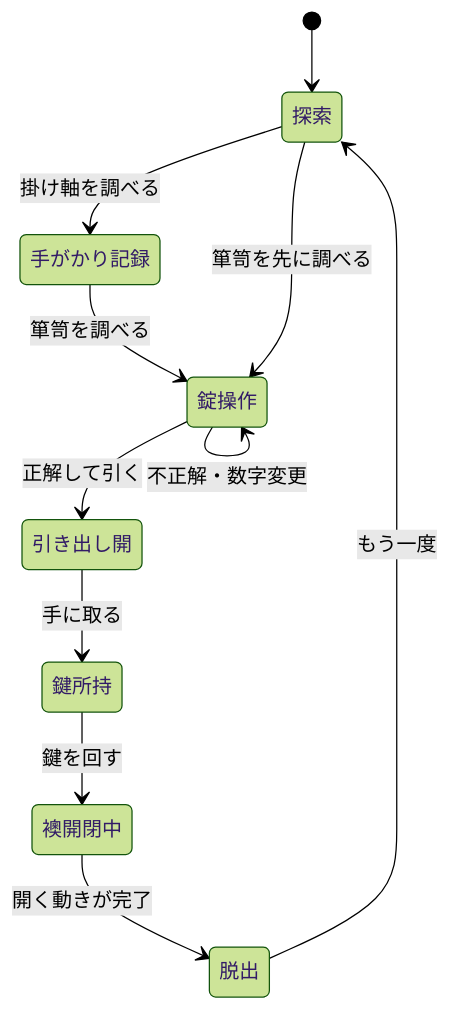
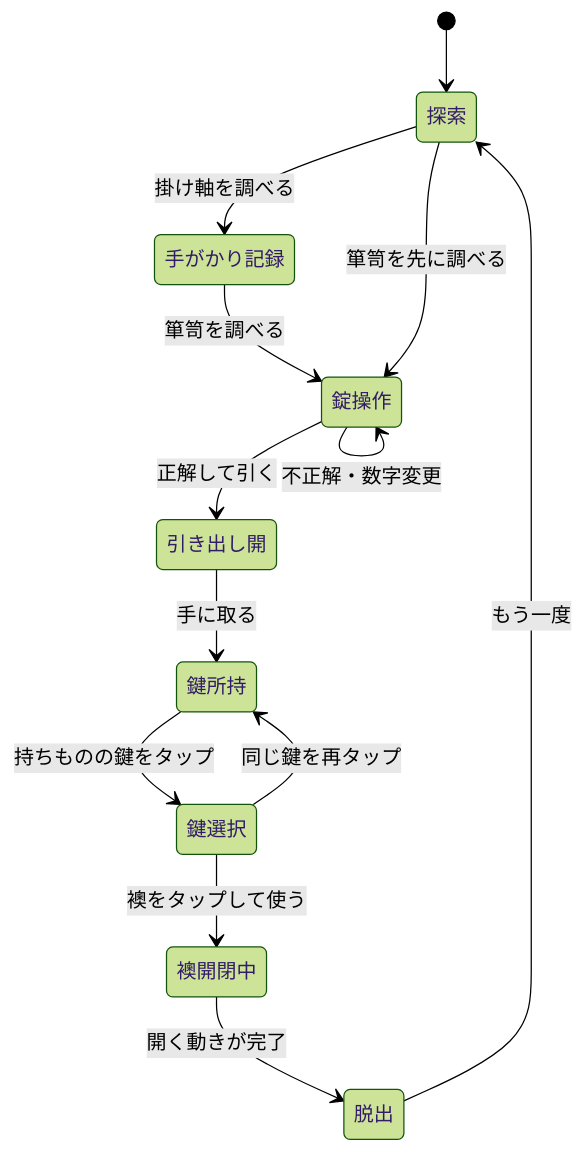
Before and after one commit to sin-skull/yohaku-room-escape: the second of 2 diagrams in docs/ES-DESIGN.md, drawn with Mermaid (forest theme). The commit also changed other lines of this file and 20 other files, not shown here.

````diff
--- a/docs/ES-DESIGN.md
+++ b/docs/ES-DESIGN.md
@@ -34,13 +34,15 @@
 ```mermaid
 stateDiagram-v2
   [*] --> 探索
   探索 --> 手がかり記録 : 掛け軸を調べる
   手がかり記録 --> 錠操作 : 箪笥を調べる
   探索 --> 錠操作 : 箪笥を先に調べる
   錠操作 --> 錠操作 : 不正解・数字変更
   錠操作 --> 引き出し開 : 正解して引く
   引き出し開 --> 鍵所持 : 手に取る
-  鍵所持 --> 襖開閉中 : 鍵を回す
+  鍵所持 --> 鍵選択 : 持ちものの鍵をタップ
+  鍵選択 --> 鍵所持 : 同じ鍵を再タップ
+  鍵選択 --> 襖開閉中 : 襖をタップして使う
   襖開閉中 --> 脱出 : 開く動きが完了
   脱出 --> 探索 : もう一度
 ```
````
